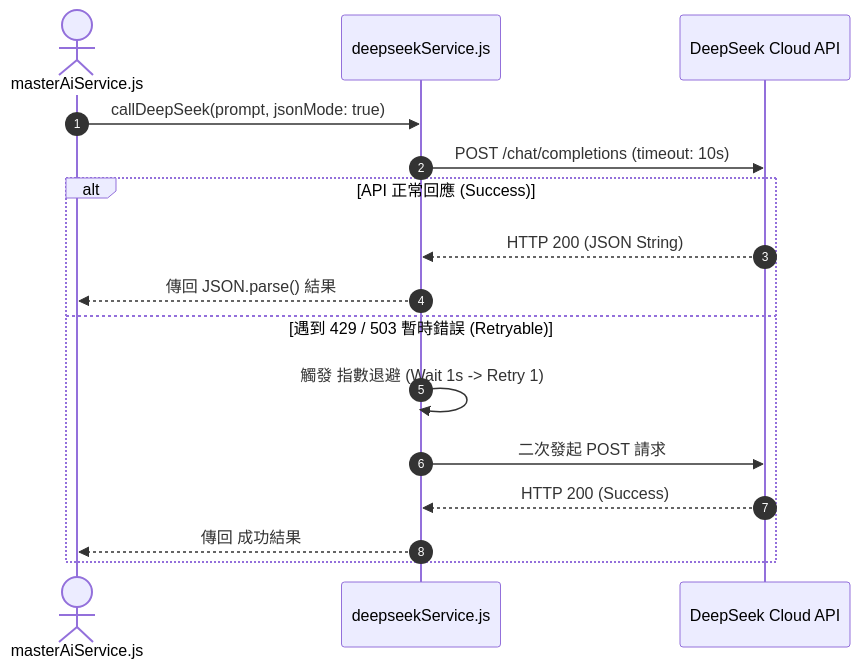
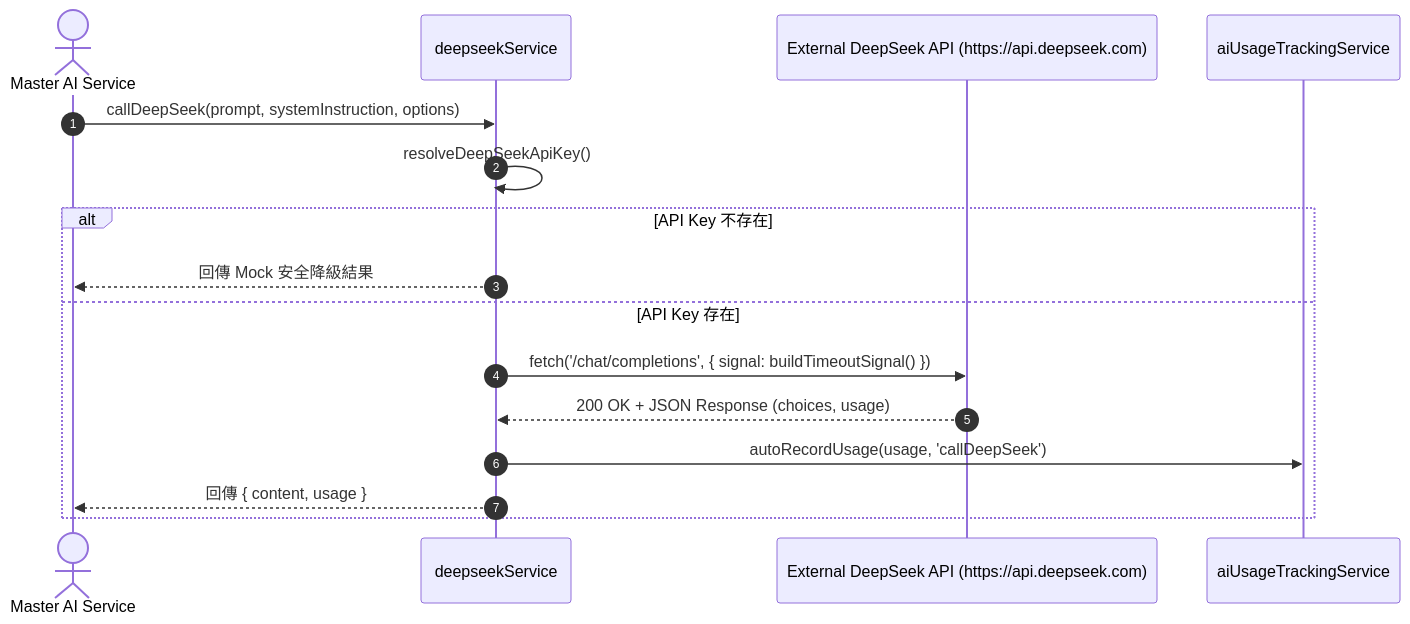
The diagram in docs/architecture-decision-records/features/F-62-deepseek-llm-orchestrator.md (Alanho2025/Kiwi-AI-interview-Agent), drawn with Mermaid before and after one commit. The commit also changed other lines of this file and 74 other files, not shown here.

````diff
--- a/docs/architecture-decision-records/features/F-62-deepseek-llm-orchestrator.md
+++ b/docs/architecture-decision-records/features/F-62-deepseek-llm-orchestrator.md
@@ -48,19 +42,20 @@
 ```mermaid
 sequenceDiagram
     autonumber
-    actor Master as masterAiService.js
-    participant DS as deepseekService.js
-    participant API as DeepSeek Cloud API
+    actor Master as Master AI Service
+    participant DeepSeek as deepseekService
+    participant API as External DeepSeek API (https://api.deepseek.com)
+    participant Usage as aiUsageTrackingService
 
-    Master->>DS: callDeepSeek(prompt, jsonMode: true)
-    DS->>API: POST /chat/completions (timeout: 10s)
-    alt API 正常回應 (Success)
-        API-->>DS: HTTP 200 (JSON String)
-        DS-->>Master: 傳回 JSON.parse() 結果
-    else 遇到 429 / 503 暫時錯誤 (Retryable)
-        DS->>DS: 觸發 指數退避 (Wait 1s -> Retry 1)
-        DS->>API: 二次發起 POST 請求
-        API-->>DS: HTTP 200 (Success)
-        DS-->>Master: 傳回 成功結果
+    Master->>DeepSeek: callDeepSeek(prompt, systemInstruction, options)
+    DeepSeek->>DeepSeek: resolveDeepSeekApiKey()
+    
+    alt API Key 不存在
+        DeepSeek-->>Master: 回傳 Mock 安全降級結果
+    else API Key 存在
+        DeepSeek->>API: fetch('/chat/completions', { signal: buildTimeoutSignal() })
+        API-->>DeepSeek: 200 OK + JSON Response (choices, usage)
+        DeepSeek->>Usage: autoRecordUsage(usage, 'callDeepSeek')
+        DeepSeek-->>Master: 回傳 { content, usage }
     end
 ```
````
